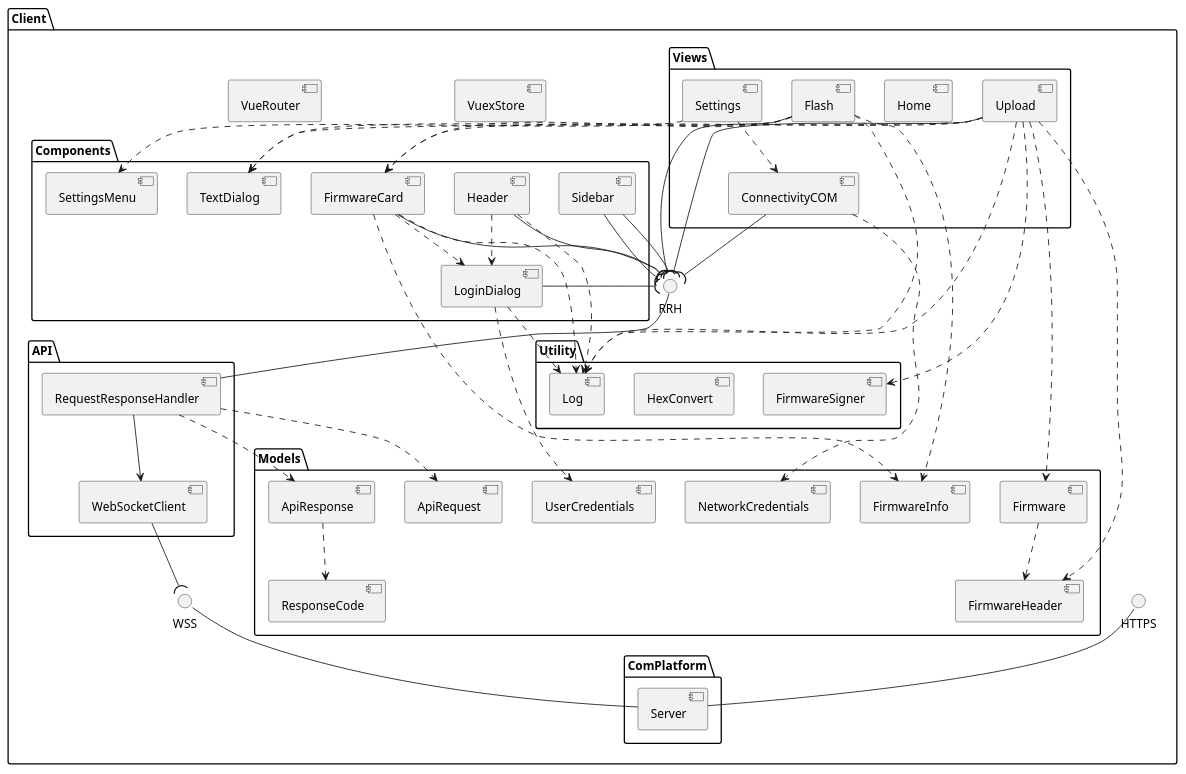
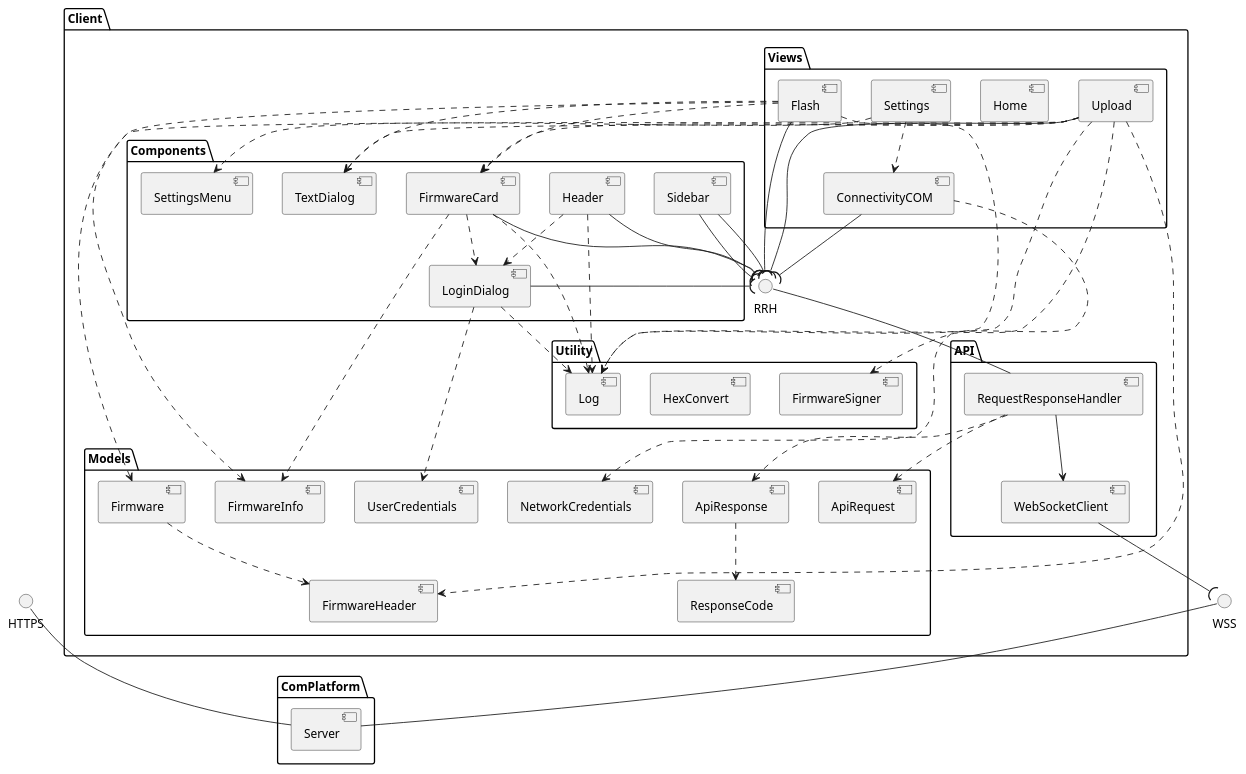
The diagram in doc/architecture/client/01_Client _Logical_ARCH.plantuml (NewTec-GmbH/ZumoComSystem), drawn with PlantUML before and after one commit. The commit also changed 1 other file, not shown here.

Commit message:
refactor(doc): Refactor architecture diagrams

```diff
--- a/doc/architecture/client/01_Client _Logical_ARCH.plantuml
+++ b/doc/architecture/client/01_Client _Logical_ARCH.plantuml
@@ -1,105 +1,106 @@
 @startuml
+interface "HTTPS" as https
+interface "WSS" as wss
+
+package ComPlatform {
+    component Server
+    Server -up- https
+    Server -up- wss
+}
+
 package Client {
-    interface "HTTPS" as https
-    interface "WSS" as wss
+
     interface "RRH" as rrh
-
-    component "VuexStore" as store
-    component "VueRouter" as router
 
     package Models {
         component ApiRequest
         component ApiResponse
         component Firmware
         component FirmwareHeader
         component FirmwareInfo
         component NetworkCredentials
         component ResponseCode
         component UserCredentials
 
-        ApiResponse ..> ResponseCode
-        Firmware ..> FirmwareHeader
+        ApiResponse .down.> ResponseCode
+        Firmware .down.> FirmwareHeader
     }
 
     package API {
         component RequestResponseHandler
         component WebSocketClient
 
         RequestResponseHandler -up-rrh
 
-        RequestResponseHandler ..> ApiRequest
-        RequestResponseHandler ..> ApiResponse
+        RequestResponseHandler .down.> ApiRequest
+        RequestResponseHandler .down.> ApiResponse
 
         RequestResponseHandler -->WebSocketClient
 
-        WebSocketClient --(wss
+        WebSocketClient -down-(wss
     }
 
     package Utility {
         component FirmwareSigner
         component HexConvert
         component Log
     }
 
     package Components {
         component FirmwareCard
         component "Header" as headerc
         component LoginDialog
         component SettingsMenu
         component Sidebar
         component TextDialog
 
         FirmwareCard --(rrh
-        headerc --(rrh
-        Sidebar --(rrh
+        headerc -down-(rrh
+        Sidebar -down-(rrh
 
-        FirmwareCard ..> FirmwareInfo
-        FirmwareCard ..> Log
-        FirmwareCard ..> LoginDialog
+        FirmwareCard .down.> FirmwareInfo
+        FirmwareCard .down.> Log
+        FirmwareCard .down.> LoginDialog
 
-        headerc ..> LoginDialog
-        headerc ..> Log
+        headerc .down.> LoginDialog
+        headerc .down.> Log
 
-        LoginDialog ..> UserCredentials
-        LoginDialog --(rrh
-        LoginDialog ..> Log
+        LoginDialog .down.> UserCredentials
+        LoginDialog -down-(rrh
+        LoginDialog .down.> Log
 
-        Sidebar --(rrh
+        Sidebar -down-(rrh
     }
 
     package Views {
         component ConnectivityCOM
         component Flash
         component Home
         component Settings
         component Upload
 
-        ConnectivityCOM --(rrh
-        Flash --(rrh
-        Upload --(rrh
+        ConnectivityCOM -down-(rrh
+        Flash -down-(rrh
+        Upload -down-(rrh
 
-        ConnectivityCOM ..> NetworkCredentials
+        ConnectivityCOM .down.> NetworkCredentials
 
-        Flash ..> FirmwareCard
-        Flash ..> Log
-        Flash ..> FirmwareInfo
-        Flash ..> TextDialog
+        Flash .down.> FirmwareCard
+        Flash .down.> Log
+        Flash .down.> FirmwareInfo
+        Flash .down.> TextDialog
 
-        Settings ..> ConnectivityCOM
-        Settings ..> SettingsMenu
+        Settings .down.> ConnectivityCOM
+        Settings .down.> SettingsMenu
 
-        Upload ..> FirmwareCard
-        Upload ..> TextDialog
-        Upload ..> Log
-        Upload ..> Firmware
-        Upload ..> FirmwareHeader
-        Upload ..> FirmwareSigner
+        Upload .down.> FirmwareCard
+        Upload .down.> TextDialog
+        Upload .down.> Log
+        Upload .down.> Firmware
+        Upload .down.> FirmwareHeader
+        Upload .down.> FirmwareSigner
     }
 
-    package ComPlatform {
-        component Server
-        Server -up- https
-        Server -up- wss
-    }
+
 }
 @enduml
```
